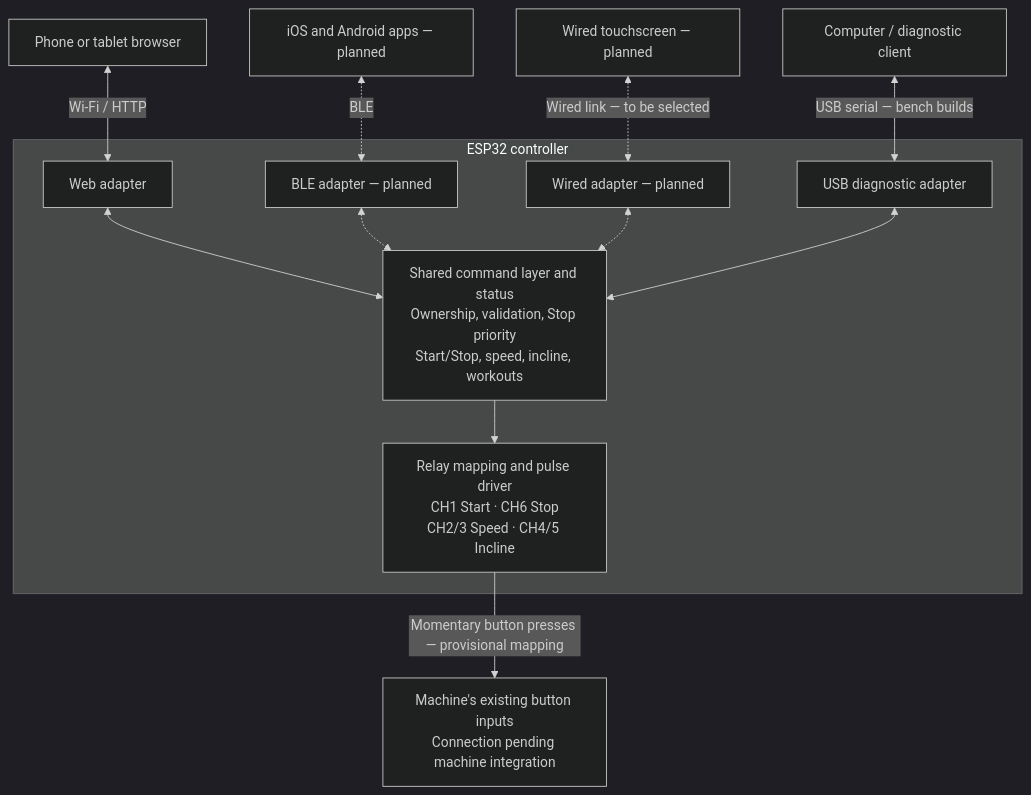
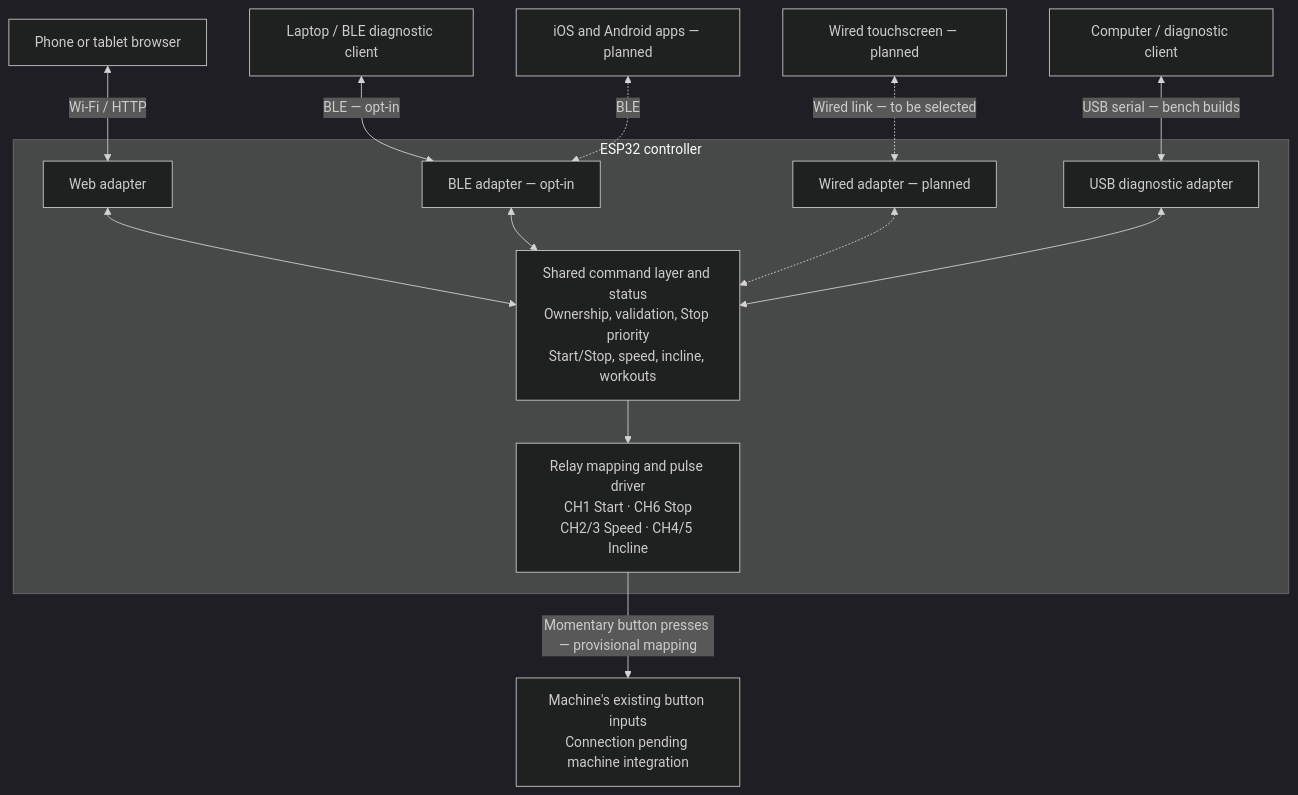
Before and after one commit to zdiubaldo/nordic-ski-controller: the diagram in README.md, drawn with Mermaid (dark theme). The commit also changed other lines of this file and 19 other files, not shown here.

First line of the commit message:
Add BLE controller transport and laptop diagnostics

````diff
--- a/README.md
+++ b/README.md
@@ -21,23 +21,24 @@
 ```mermaid
 flowchart TB
     Web["Phone or tablet browser"] <-->|"Wi-Fi / HTTP"| HTTP
+    Laptop["Laptop / BLE diagnostic client"] <-->|"BLE — opt-in"| BLE
     Apps["iOS and Android apps — planned"] <-.->|"BLE"| BLE
     Screen["Wired touchscreen — planned"] <-.->|"Wired link — to be selected"| Wired
     Computer["Computer / diagnostic client"] <-->|"USB serial — bench builds"| USB
 
     subgraph ESP["ESP32 controller"]
         HTTP["Web adapter"]
-        BLE["BLE adapter — planned"]
+        BLE["BLE adapter — opt-in"]
         Wired["Wired adapter — planned"]
         USB["USB diagnostic adapter"]
         Shared["Shared command layer and status<br/>Ownership, validation, Stop priority<br/>Start/Stop, speed, incline, workouts"]
         Relay["Relay mapping and pulse driver<br/>CH1 Start · CH6 Stop<br/>CH2/3 Speed · CH4/5 Incline"]
         HTTP <--> Shared
-        BLE <-.-> Shared
+        BLE <--> Shared
         Wired <-.-> Shared
         USB <--> Shared
         Shared --> Relay
     end
 
     Relay -->|"Momentary button presses — provisional mapping"| Machine["Machine's existing button inputs<br/>Connection pending machine integration"]
 ```
````
